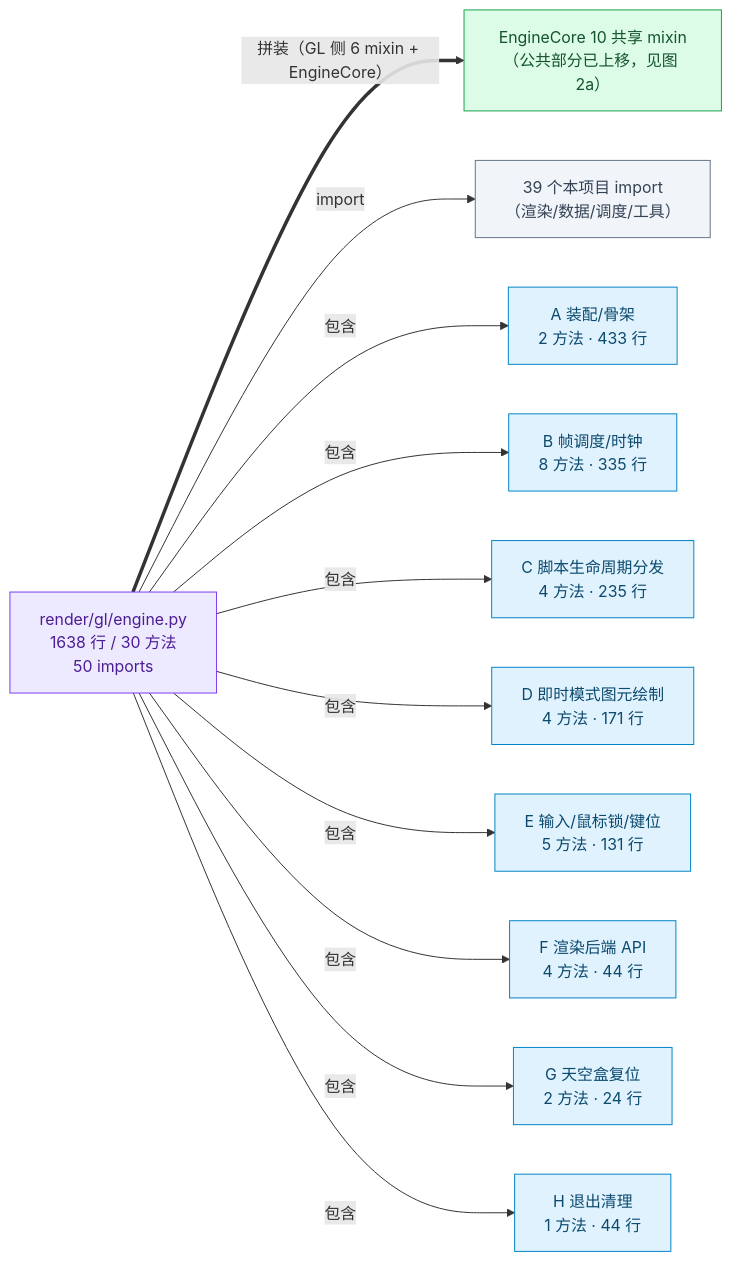
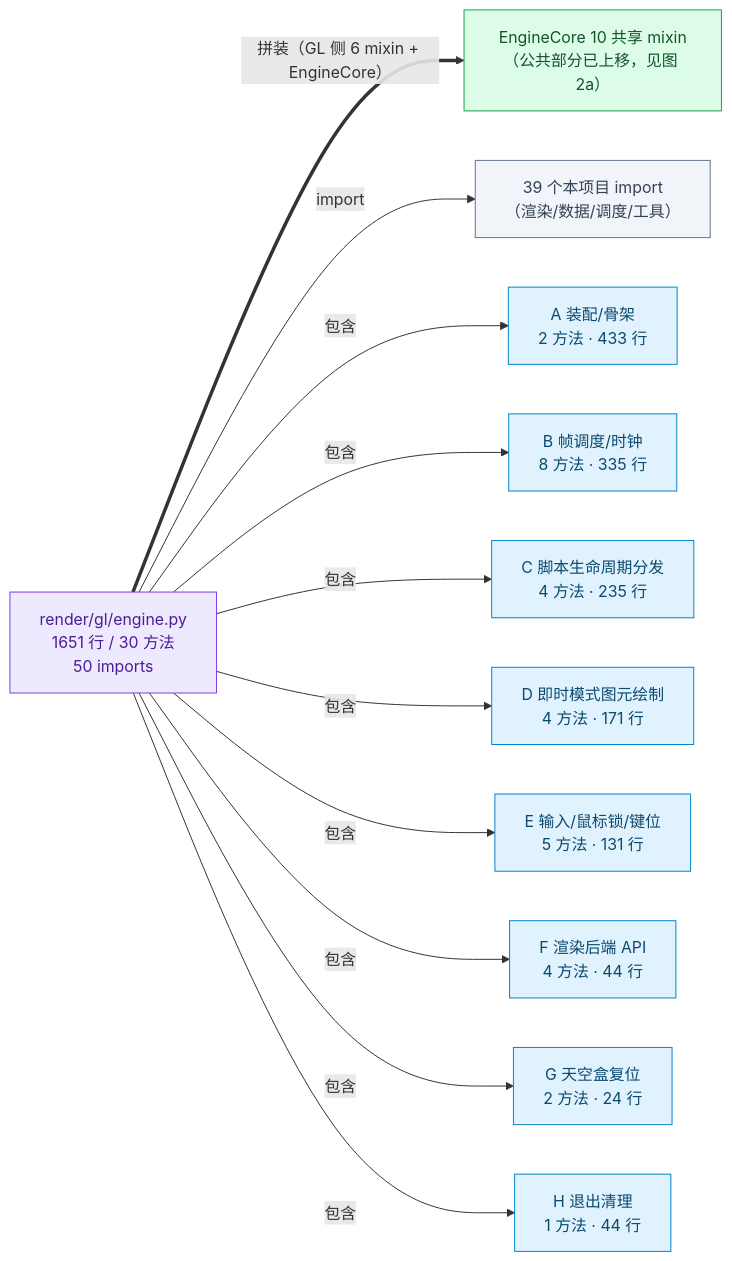
One commit to lhy302/WeaveEngine changed diagram 16 of 23 in ARCHITECTURE.md. Above: the diagram before and after it, drawn with Mermaid. The commit also changed other lines of this file, not shown here.

Commit message:
B7-55~59 架构图同步：23 图按实况刷新（HEAD 01ca8a9；168 .py/63431 行；+7 门 + test_hub_update 106；run_all ~170 文件/6341 PASS/0 FAIL）

````diff
--- a/ARCHITECTURE.md
+++ b/ARCHITECTURE.md
@@ -924,28 +950,28 @@
 ```mermaid
 flowchart LR
-  E["render/gl/engine.py<br/>1638 行 / 30 方法<br/>50 imports"]:::hub
+  E["render/gl/engine.py<br/>1651 行 / 30 方法<br/>50 imports"]:::hub
   M["EngineCore 10 共享 mixin<br/>（公共部分已上移，见图 2a）"]:::impl
   P["39 个本项目 import<br/>（渲染/数据/调度/工具）"]:::file
   D1["A 装配/骨架<br/>2 方法 · 433 行"]:::dom
   D2["B 帧调度/时钟<br/>8 方法 · 335 行"]:::dom
   D3["C 脚本生命周期分发<br/>4 方法 · 235 行"]:::dom
   D4["D 即时模式图元绘制<br/>4 方法 · 171 行"]:::dom
   D5["E 输入/鼠标锁/键位<br/>5 方法 · 131 行"]:::dom
   D6["F 渲染后端 API<br/>4 方法 · 44 行"]:::dom
   D7["G 天空盒复位<br/>2 方法 · 24 行"]:::dom
   D8["H 退出清理<br/>1 方法 · 44 行"]:::dom
   E ==>|拼装（GL 侧 6 mixin + EngineCore）| M
   E -->|import| P
   E -->|包含| D1
   E -->|包含| D2
   E -->|包含| D3
   E -->|包含| D4
   E -->|包含| D5
   E -->|包含| D6
   E -->|包含| D7
   E -->|包含| D8
   classDef hub fill:#ede9fe,stroke:#7c3aed,color:#4c1d95
   classDef impl fill:#dcfce7,stroke:#16a34a,color:#14532d
   classDef dom fill:#e0f2fe,stroke:#0284c7,color:#0c4a6e
   classDef file fill:#f1f5f9,stroke:#64748b,color:#334155
 ```
````
